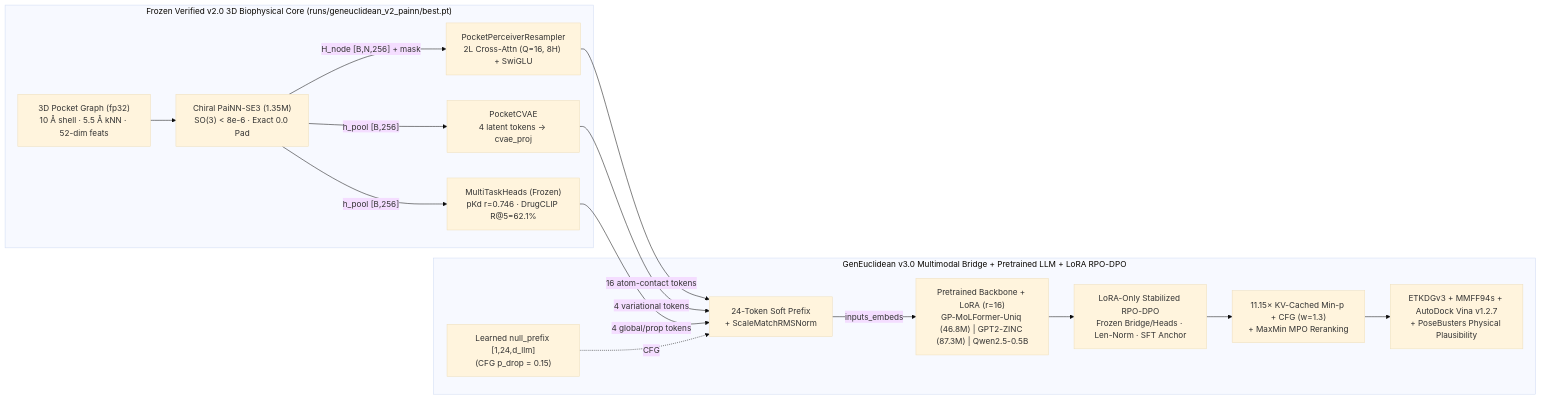
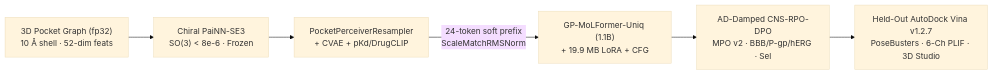
Before and after one commit to daniil-777/geneuclidean: the diagram in README.md, drawn with Mermaid (base theme). The commit also changed other lines of this file, not shown here.

````diff
--- a/README.md
+++ b/README.md
@@ -109,20 +35,8 @@
 ```mermaid
 flowchart LR
-    subgraph V2["Frozen Verified v2.0 3D Biophysical Core (runs/geneuclidean_v2_painn/best.pt)"]
-        P["3D Pocket Graph (fp32)<br/>10 Å shell · 5.5 Å kNN · 52-dim feats"] --> ENC["Chiral PaiNN-SE3 (1.35M)<br/>SO(3) < 8e-6 · Exact 0.0 Pad"]
-        ENC -->|"H_node [B,N,256] + mask"| PERC["PocketPerceiverResampler<br/>2L Cross-Attn (Q=16, 8H) + SwiGLU"]
-        ENC -->|"h_pool [B,256]"| CVAE["PocketCVAE<br/>4 latent tokens -> cvae_proj"]
-        ENC -->|"h_pool [B,256]"| HEADS["MultiTaskHeads (Frozen)<br/>pKd r=0.746 · DrugCLIP R@5=62.1%"]
-    end
-
-    subgraph V3["GenEuclidean v3.0 Multimodal Bridge + Pretrained LLM + LoRA RPO-DPO"]
-        PERC -->|"16 atom-contact tokens"| CAT["24-Token Soft Prefix<br/>+ ScaleMatchRMSNorm"]
-        CVAE -->|"4 variational tokens"| CAT
-        HEADS -->|"4 global/prop tokens"| CAT
-        NULL["Learned null_prefix [1,24,d_llm]<br/>(CFG p_drop = 0.15)"] -.->|"CFG"| CAT
-        CAT -->|"inputs_embeds"| LLM["Pretrained Backbone + LoRA (r=16)<br/>GP-MoLFormer-Uniq (46.8M) | GPT2-ZINC (87.3M) | Qwen2.5-0.5B"]
-        LLM --> DPO["LoRA-Only Stabilized RPO-DPO<br/>Frozen Bridge/Heads · Len-Norm · SFT Anchor"]
-        DPO --> SAMP["11.15× KV-Cached Min-p + CFG (w=1.3)<br/>+ MaxMin MPO Reranking"]
-        SAMP --> VINA["ETKDGv3 + MMFF94s + AutoDock Vina v1.2.7<br/>+ PoseBusters Physical Plausibility"]
-    end
+    P["3D Pocket Graph (fp32)<br/>10 Å shell · 52-dim feats"] --> ENC["Chiral PaiNN-SE3<br/>SO(3) < 8e-6 · Frozen"]
+    ENC --> PERC["PocketPerceiverResampler<br/>+ CVAE + pKd/DrugCLIP"]
+    PERC -->|"24-token soft prefix<br/>ScaleMatchRMSNorm"| LLM["GP-MoLFormer-Uniq (1.1B)<br/>+ 19.9 MB LoRA + CFG"]
+    LLM --> DPO["AD-Damped CNS-RPO-DPO<br/>MPO v2 · BBB/P-gp/hERG · Sel"]
+    DPO --> VINA["Held-Out AutoDock Vina v1.2.7<br/>PoseBusters · 6-Ch PLIF · 3D Studio"]
 ```
````
